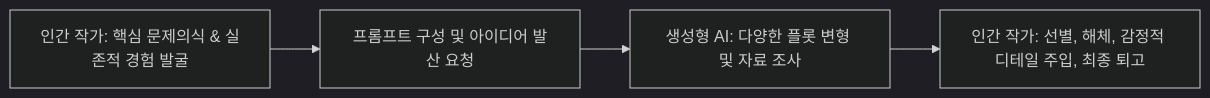
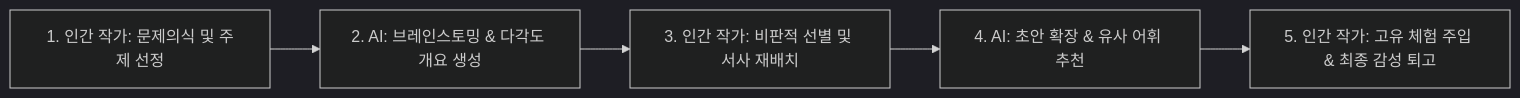
The diagram in ComputerScience/07_professional-humanities/creative-writing/notes/04. 테크놀로지 시대의 창의적 글쓰기.md (umyunsang/edu), drawn with Mermaid (dark theme) before and after one commit. The commit also changed other lines of this file and 19 other files, not shown here.

````diff
--- a/ComputerScience/07_professional-humanities/creative-writing/notes/04. 테크놀로지 시대의 창의적 글쓰기.md
+++ b/ComputerScience/07_professional-humanities/creative-writing/notes/04. 테크놀로지 시대의 창의적 글쓰기.md
@@ -33,6 +43,7 @@
 ```mermaid
 flowchart LR
-    HUMAN1["인간 작가: 핵심 문제의식 & 실존적 경험 발굴"] --> PROMPT["프롬프트 구성 및 아이디어 발산 요청"]
-    PROMPT --> AI["생성형 AI: 다양한 플롯 변형 및 자료 조사"]
-    AI --> HUMAN2["인간 작가: 선별, 해체, 감정적 디테일 주입, 최종 퇴고"]
+    A["1. 인간 작가: 문제의식 및 주제 선정"] --> B["2. AI: 브레인스토밍 & 다각도 개요 생성"]
+    B --> C["3. 인간 작가: 비판적 선별 및 서사 재배치"]
+    C --> D["4. AI: 초안 확장 & 유사 어휘 추천"]
+    D --> E["5. 인간 작가: 고유 체험 주입 & 최종 감성 퇴고"]
 ```
````
